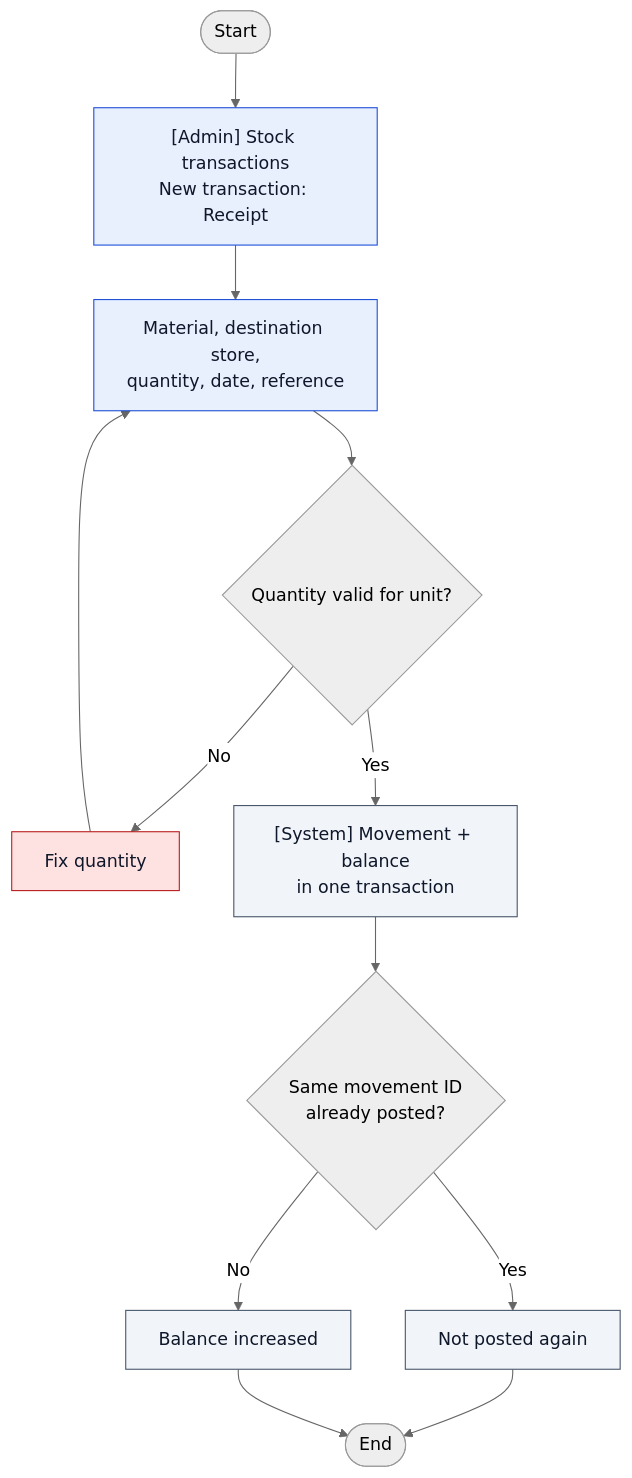
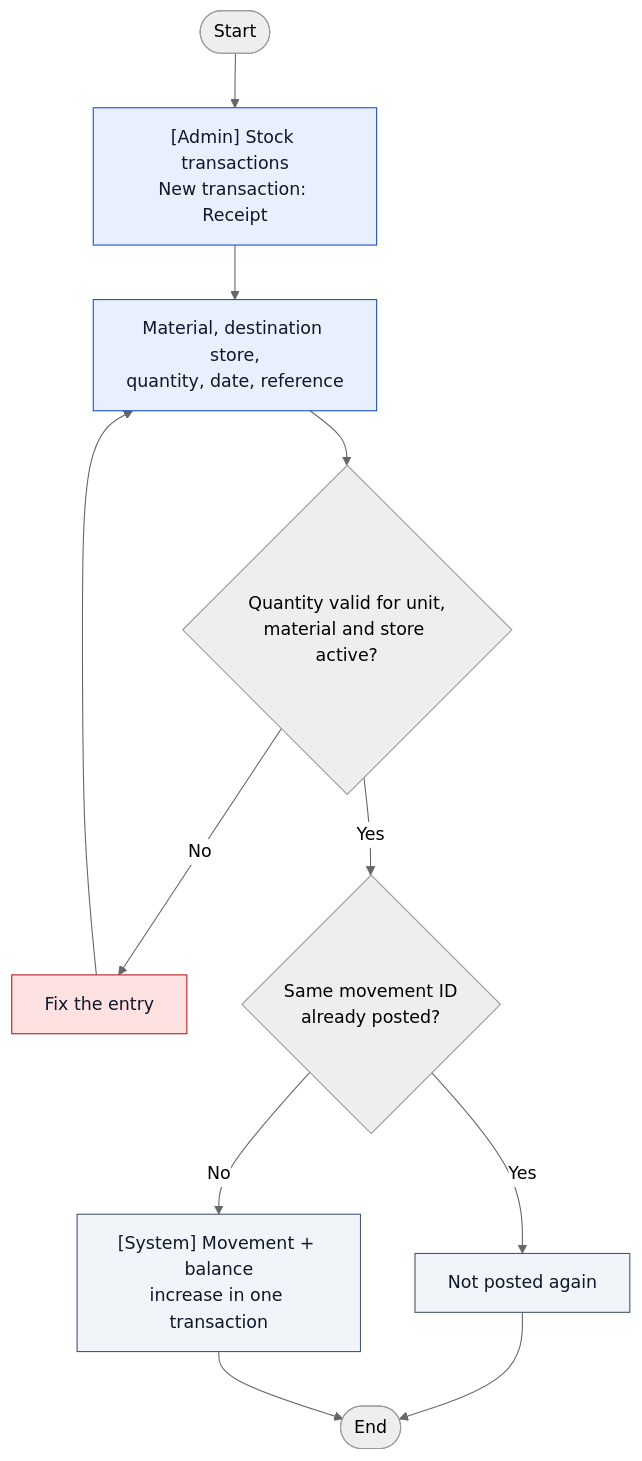
One commit to tsforcetech/FMS changed the diagram in docs/help/diagrams/wf-18.mmd. Above: the diagram before and after it, drawn with Mermaid (neutral theme). The commit also changed 79 other files, not shown here.

First line of the commit message:
Phase 9: workflow diagrams verified against the code (37 corrected)

```diff
--- a/docs/help/diagrams/wf-18.mmd
+++ b/docs/help/diagrams/wf-18.mmd
@@ -1,20 +1,19 @@
 %% title: Inventory receipt
 %% articles: inventory.movements,inventory.balances
-%% sources: apps/admin-web/src/management/store.ts,packages/shared/src/inventory.ts
+%% sources: apps/admin-web/src/management/store.ts,packages/shared/src/inventory.ts,firebase/firestore.rules
 flowchart TD
   S([Start]) --> A["[Admin] Stock transactions<br/>New transaction: Receipt"]:::admin
   A --> B["Material, destination store,<br/>quantity, date, reference"]:::admin
-  B --> C{"Quantity valid for unit?"}
-  C -- No --> E1["Fix quantity"]:::stop --> B
-  C -- Yes --> D["[System] Movement + balance<br/>in one transaction"]:::system
-  D --> F{"Same movement ID<br/>already posted?"}
+  B --> C{"Quantity valid for unit,<br/>material and store active?"}
+  C -- No --> E1["Fix the entry"]:::stop --> B
+  C -- Yes --> F{"Same movement ID<br/>already posted?"}
   F -- Yes --> G["Not posted again"]:::system
-  F -- No --> H["Balance increased"]:::system
+  F -- No --> D["[System] Movement + balance<br/>increase in one transaction"]:::system
   G --> X([End])
-  H --> X
+  D --> X
   classDef admin fill:#e8f0fe,stroke:#1d4ed8,color:#0f172a
   classDef staff fill:#ecfdf5,stroke:#047857,color:#0f172a
   classDef customer fill:#fdf4ff,stroke:#a21caf,color:#0f172a
   classDef platform fill:#fff7ed,stroke:#c2410c,color:#0f172a
   classDef system fill:#f1f5f9,stroke:#475569,color:#0f172a
   classDef stop fill:#fee2e2,stroke:#b91c1c,color:#0f172a
```
